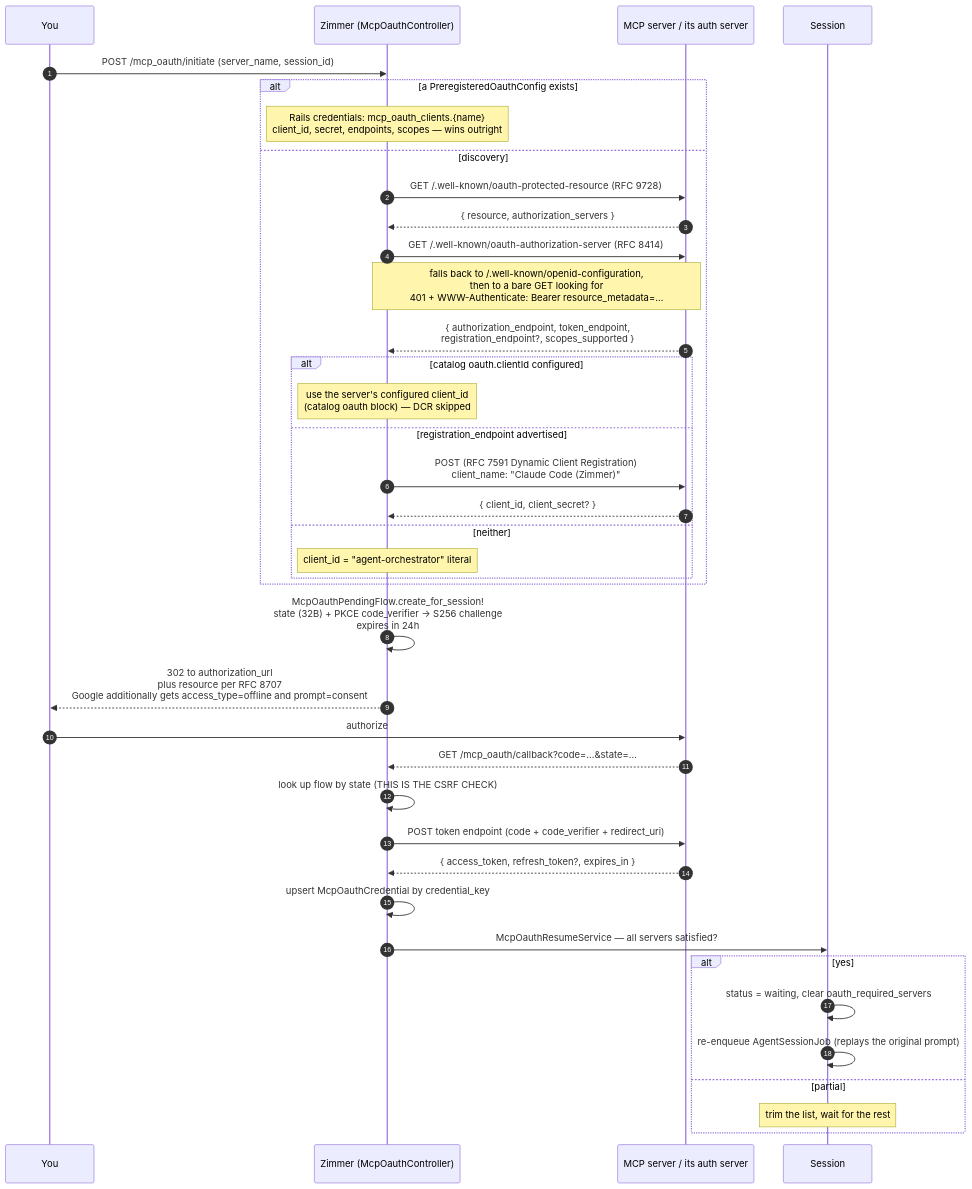
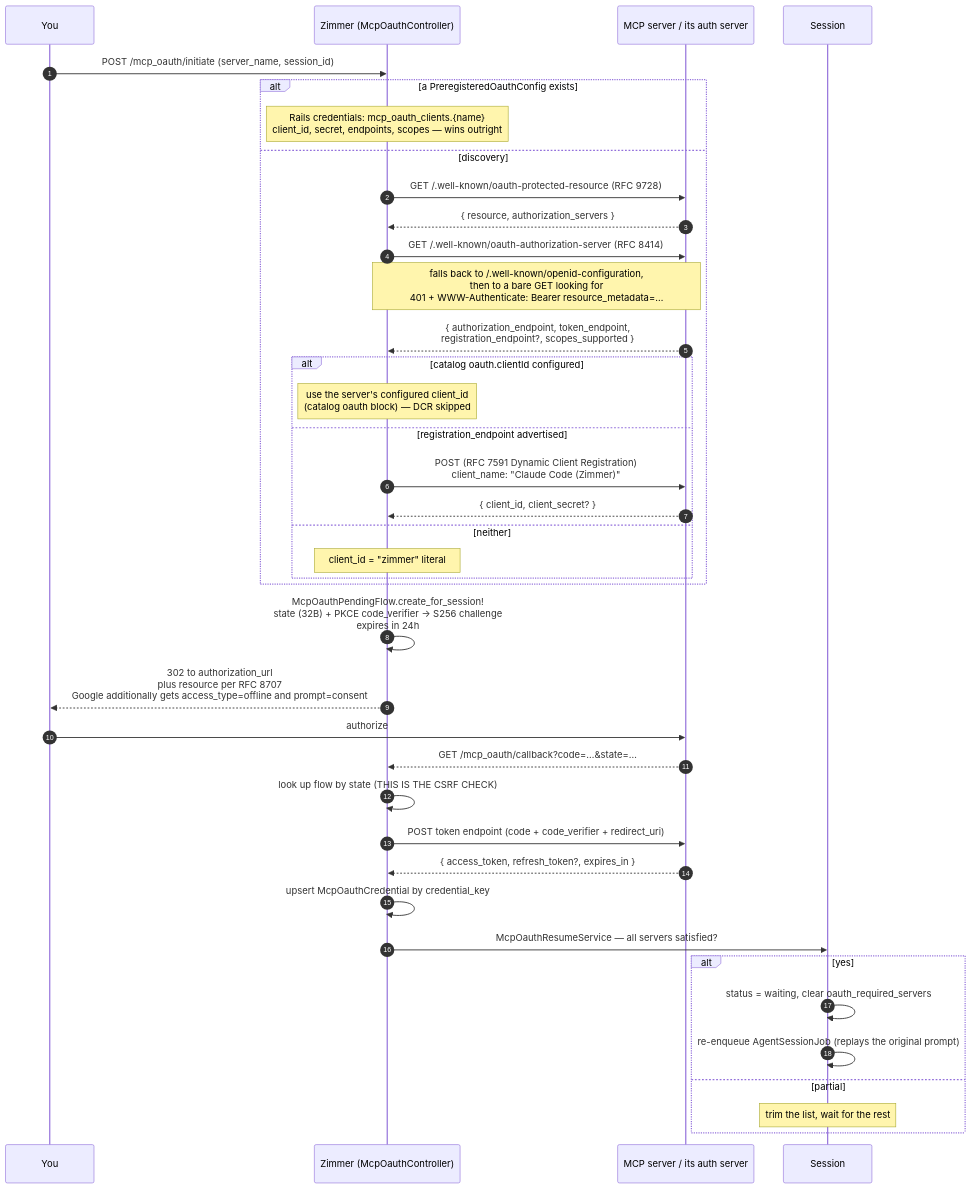
One commit to tadasant/zimmer changed the second of 2 diagrams in docs/src/content/docs/auth/mcp-oauth.md. Above: the diagram before and after it, drawn with Mermaid. The commit also changed other lines of this file and 4 other files, not shown here.

First line of the commit message:
fix(mcp-oauth): rename the fallback client id literal to "zimmer"

````diff
--- a/docs/src/content/docs/auth/mcp-oauth.md
+++ b/docs/src/content/docs/auth/mcp-oauth.md
@@ -52,42 +52,42 @@
 ```mermaid
 sequenceDiagram
     autonumber
     participant U as You
     participant Z as Zimmer (McpOauthController)
     participant AS as MCP server / its auth server
     participant S as Session
 
     U->>Z: POST /mcp_oauth/initiate (server_name, session_id)
     alt a PreregisteredOauthConfig exists
         Note over Z: Rails credentials: mcp_oauth_clients.{name}<br/>client_id, secret, endpoints, scopes — wins outright
     else discovery
         Z->>AS: GET /.well-known/oauth-protected-resource (RFC 9728)
         AS-->>Z: { resource, authorization_servers }
         Z->>AS: GET /.well-known/oauth-authorization-server (RFC 8414)
         Note over Z,AS: falls back to /.well-known/openid-configuration,<br/>then to a bare GET looking for<br/>401 + WWW-Authenticate: Bearer resource_metadata=…
         AS-->>Z: { authorization_endpoint, token_endpoint,<br/>registration_endpoint?, scopes_supported }
         alt catalog oauth.clientId configured
             Note over Z: use the server's configured client_id<br/>(catalog oauth block) — DCR skipped
         else registration_endpoint advertised
             Z->>AS: POST (RFC 7591 Dynamic Client Registration)<br/>client_name: "Claude Code (Zimmer)"
             AS-->>Z: { client_id, client_secret? }
         else neither
-            Note over Z: client_id = "agent-orchestrator" literal
+            Note over Z: client_id = "zimmer" literal
         end
     end
     Z->>Z: McpOauthPendingFlow.create_for_session!<br/>state (32B) + PKCE code_verifier → S256 challenge<br/>expires in 24h
     Z-->>U: 302 to authorization_url<br/>plus resource per RFC 8707<br/>Google additionally gets access_type=offline and prompt=consent
     U->>AS: authorize
     AS-->>Z: GET /mcp_oauth/callback?code=…&state=…
     Z->>Z: look up flow by state (THIS IS THE CSRF CHECK)
     Z->>AS: POST token endpoint (code + code_verifier + redirect_uri)
     AS-->>Z: { access_token, refresh_token?, expires_in }
     Z->>Z: upsert McpOauthCredential by credential_key
     Z->>S: McpOauthResumeService — all servers satisfied?
     alt yes
         S->>S: status = waiting, clear oauth_required_servers
         S->>S: re-enqueue AgentSessionJob (replays the original prompt)
     else partial
         Note over S: trim the list, wait for the rest
     end
 ```
````
